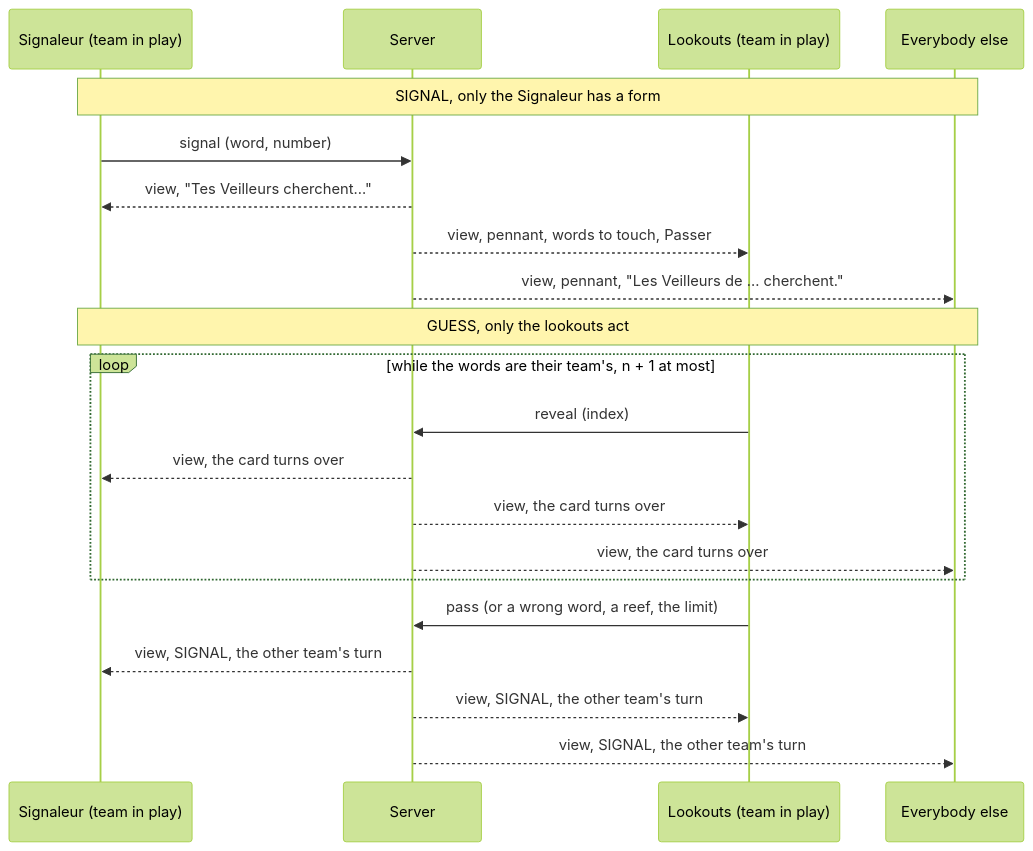
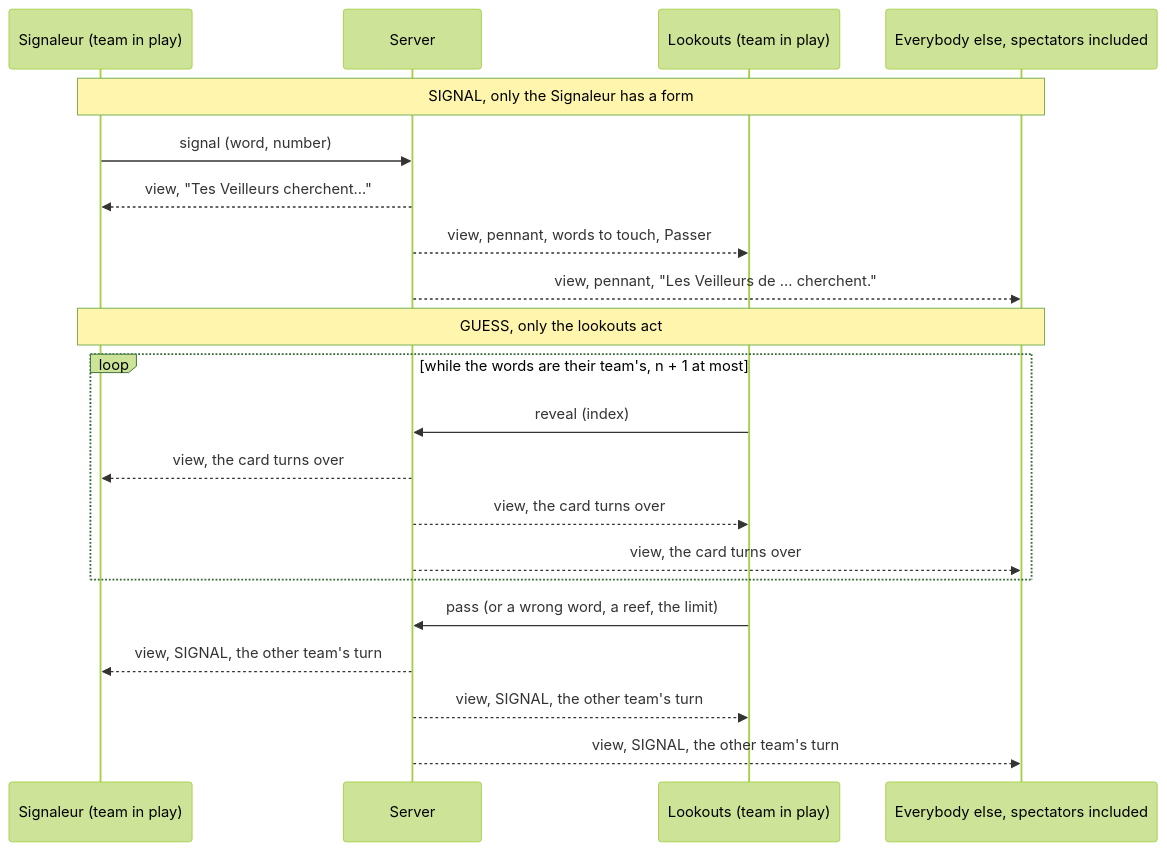
Before and after one commit to Didelo-lilian/semaphore: the second of 3 diagrams in README.md, drawn with Mermaid (forest theme). The commit also changed other lines of this file and 27 other files, not shown here.

````diff
--- a/README.md
+++ b/README.md
@@ -82,23 +82,23 @@
 ```mermaid
 sequenceDiagram
   participant S as Signaleur (team in play)
   participant G as Server
   participant L as Lookouts (team in play)
-  participant O as Everybody else
+  participant O as Everybody else, spectators included
   Note over S,O: SIGNAL, only the Signaleur has a form
   S->>G: signal (word, number)
   G-->>S: view, "Tes Veilleurs cherchent…"
   G-->>L: view, pennant, words to touch, Passer
   G-->>O: view, pennant, "Les Veilleurs de … cherchent."
   Note over S,O: GUESS, only the lookouts act
   loop while the words are their team's, n + 1 at most
     L->>G: reveal (index)
     G-->>S: view, the card turns over
     G-->>L: view, the card turns over
     G-->>O: view, the card turns over
   end
   L->>G: pass (or a wrong word, a reef, the limit)
   G-->>S: view, SIGNAL, the other team's turn
   G-->>L: view, SIGNAL, the other team's turn
   G-->>O: view, SIGNAL, the other team's turn
 ```
````
